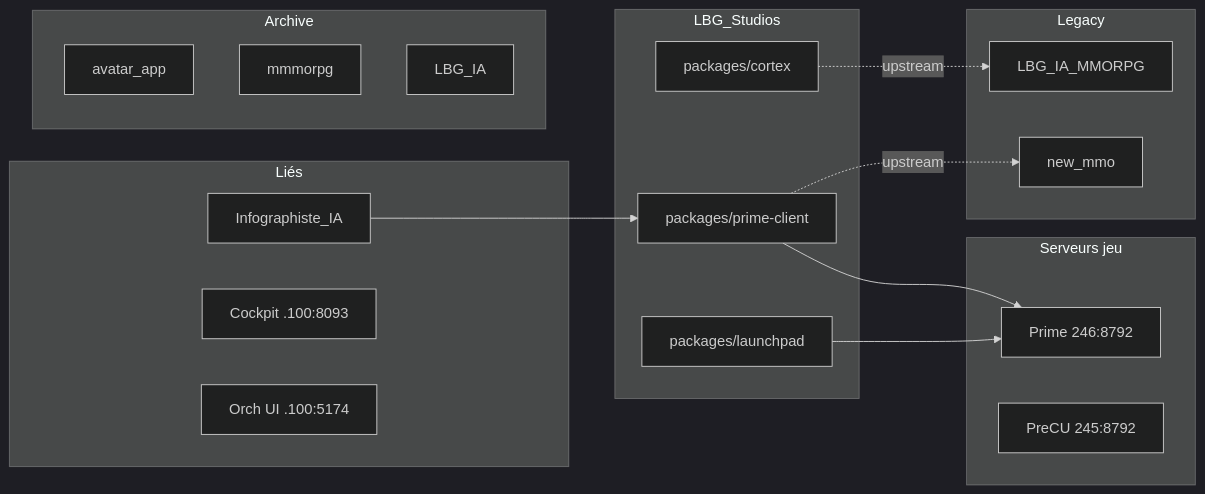
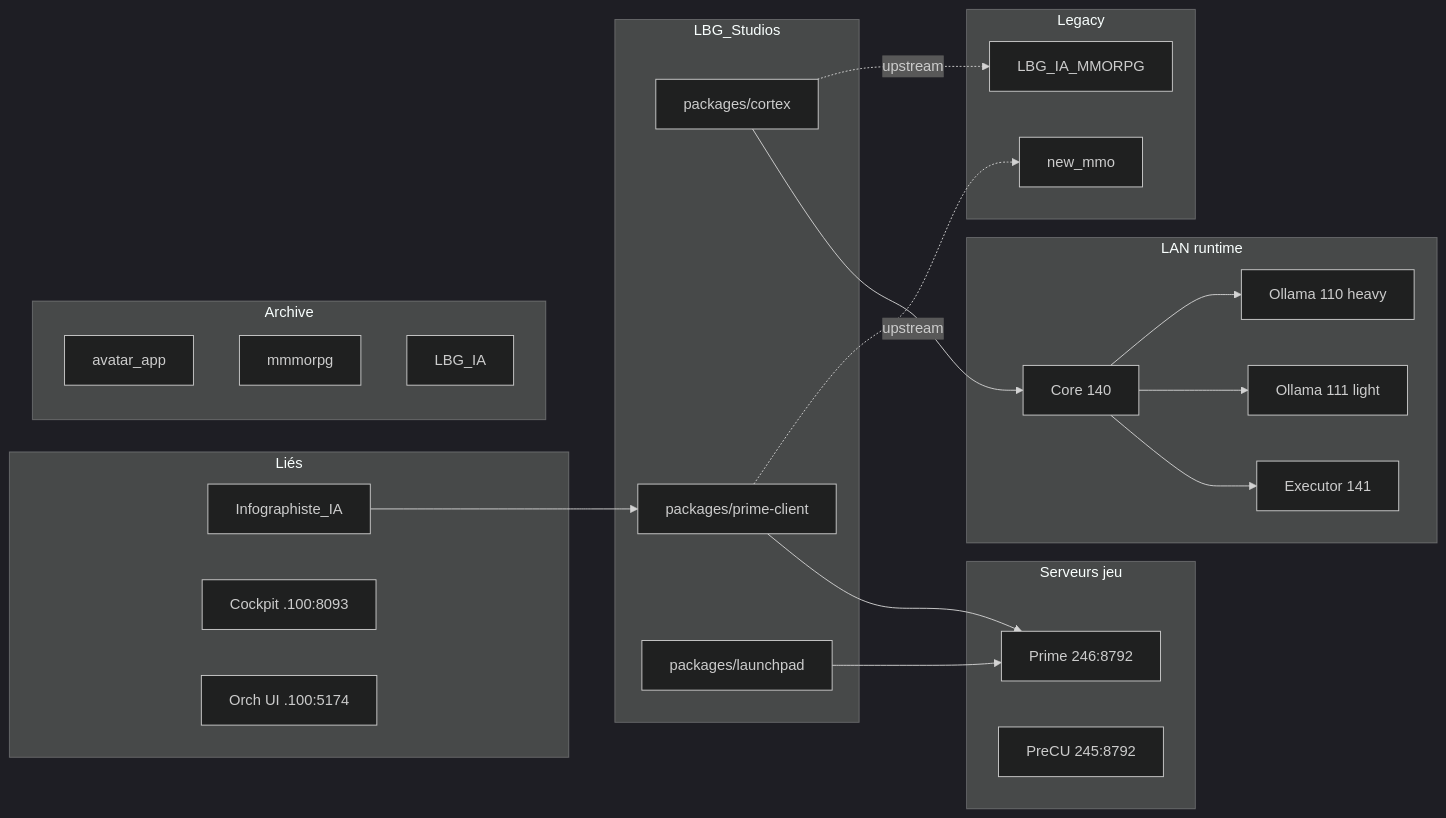
The diagram in docs/REGISTRE.md (Teome0245/LBG_Studios), drawn with Mermaid (dark theme) before and after one commit. The commit also changed other lines of this file and 32 other files, not shown here.

First line of the commit message:
feat(llm): basculer le heavy 110 vers qwen3.8:27b et aligner la doc LAN

````diff
--- a/docs/REGISTRE.md
+++ b/docs/REGISTRE.md
@@ -65,31 +106,41 @@
 ```mermaid
 flowchart LR
   subgraph studios["LBG_Studios"]
     CX["packages/cortex"]
     PC["packages/prime-client"]
     LP["packages/launchpad"]
   end
   subgraph linked["Liés"]
     INFO["Infographiste_IA"]
     CK["Cockpit .100:8093"]
     ORCH["Orch UI .100:5174"]
+  end
+  subgraph lan["LAN runtime"]
+    H110["Ollama 110 heavy"]
+    H111["Ollama 111 light"]
+    H140["Core 140"]
+    H141["Executor 141"]
   end
   subgraph game["Serveurs jeu"]
     P246["Prime 246:8792"]
     P245["PreCU 245:8792"]
   end
   subgraph arch["Archive"]
     AVA["avatar_app"]
     MMM["mmmorpg"]
     LIA["LBG_IA"]
   end
   subgraph legacy["Legacy"]
     MMO["LBG_IA_MMORPG"]
     NM["new_mmo"]
   end
   INFO --> PC
   CX -.->|"upstream"| MMO
   PC -.->|"upstream"| NM
+  CX --> H140
+  H140 --> H110
+  H140 --> H111
+  H140 --> H141
   LP --> P246
   PC --> P246
 ```
````
